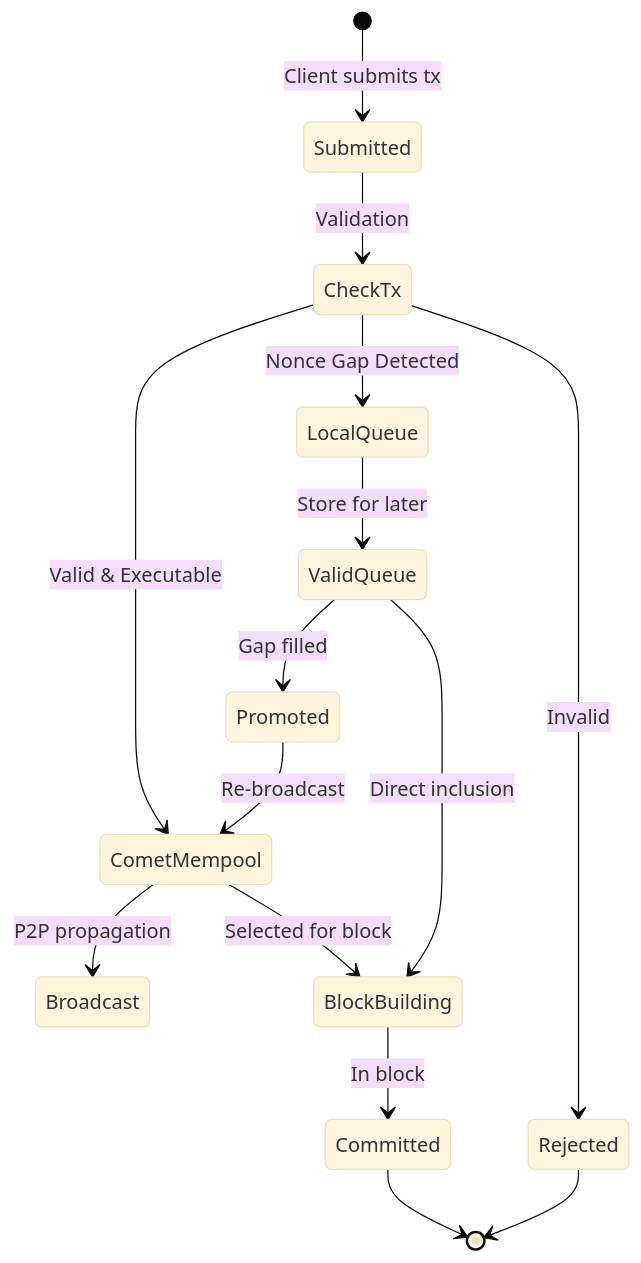
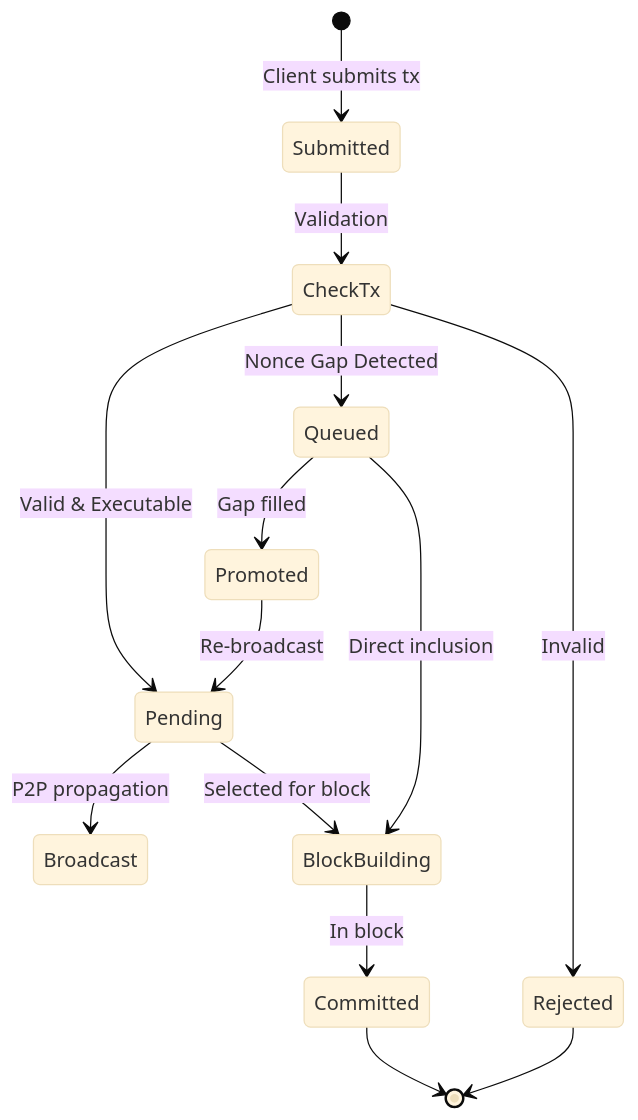
One commit to nayname/docs changed the second of 2 diagrams in docs/documentation/concepts/mempool.mdx. Above: the diagram before and after it, drawn with Mermaid (base theme). The commit also changed other lines of this file, not shown here.

Commit message:
clean up mempool

````diff
--- a/docs/documentation/concepts/mempool.mdx
+++ b/docs/documentation/concepts/mempool.mdx
@@ -81,21 +150,20 @@
 ```mermaid
 stateDiagram-v2
     [*] --> Submitted: Client submits tx
     Submitted --> CheckTx: Validation
 
-    CheckTx --> CometMempool: Valid & Executable
-    CheckTx --> LocalQueue: Nonce Gap Detected
+    CheckTx --> Pending: Valid & Executable
+    CheckTx --> Queued: Nonce Gap Detected
     CheckTx --> Rejected: Invalid
 
-    LocalQueue --> ValidQueue: Store for later
-    ValidQueue --> Promoted: Gap filled
-    Promoted --> CometMempool: Re-broadcast
+    Queued --> Promoted: Gap filled
+    Promoted --> Pending: Re-broadcast
 
-    CometMempool --> Broadcast: P2P propagation
-    CometMempool --> BlockBuilding: Selected for block
-    ValidQueue --> BlockBuilding: Direct inclusion
+    Pending --> Broadcast: P2P propagation
+    Pending --> BlockBuilding: Selected for block
+    Queued --> BlockBuilding: Direct inclusion
 
     BlockBuilding --> Committed: In block
     Rejected --> [*]
     Committed --> [*]
 ```
````
